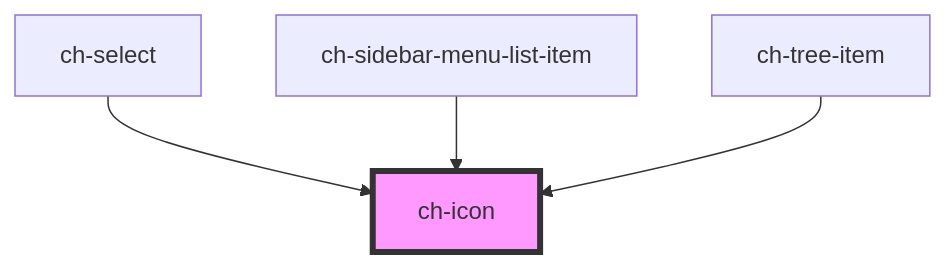
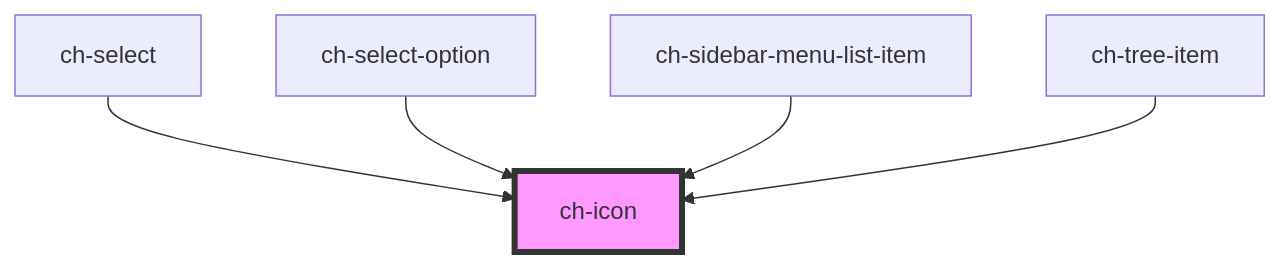
One commit to genexuslabs/chameleon-controls-library changed the diagram in src/components/icon/readme.md. Above: the diagram before and after it, drawn with Mermaid. The commit also changed other lines of this file and 15 other files, not shown here.

````diff
--- a/src/components/icon/readme.md
+++ b/src/components/icon/readme.md
@@ -36,7 +37,8 @@
 ```mermaid
 graph TD;
   ch-select --> ch-icon
+  ch-select-option --> ch-icon
   ch-sidebar-menu-list-item --> ch-icon
   ch-tree-item --> ch-icon
   style ch-icon fill:#f9f,stroke:#333,stroke-width:4px
 ```
````
